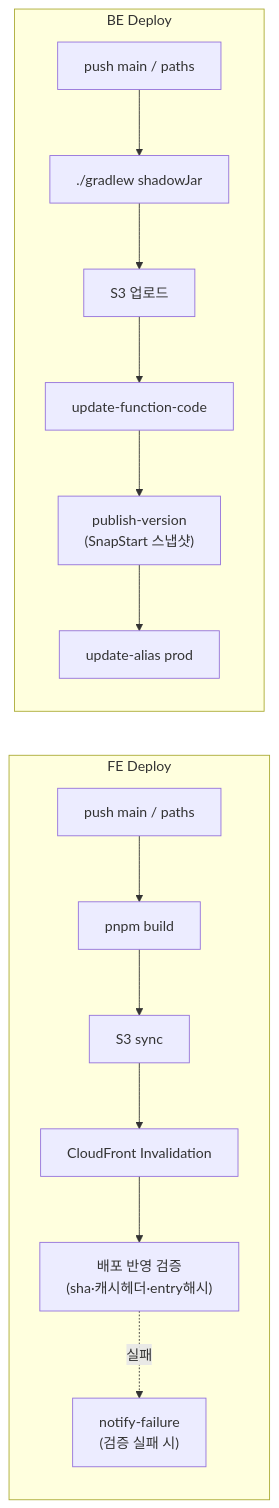
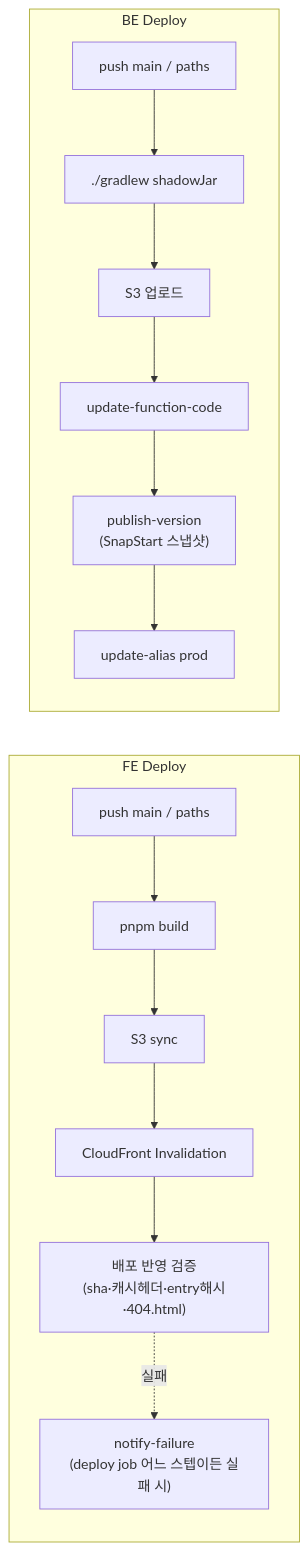
Before and after one commit to BAECHAN/link-sphere_FE_NEW: the second of 4 diagrams in docs/SYSTEM-ARCHITECTURE.md, drawn with Mermaid. The commit also changed other lines of this file and 43 other files, not shown here.

````diff
--- a/docs/SYSTEM-ARCHITECTURE.md
+++ b/docs/SYSTEM-ARCHITECTURE.md
@@ -119,22 +119,22 @@
 ```mermaid
 flowchart LR
   subgraph fe_deploy [FE Deploy]
     FE_Trigger["push main / paths"]
     FE_Build["pnpm build"]
     FE_S3["S3 sync"]
     FE_CF["CloudFront Invalidation"]
-    FE_Verify["배포 반영 검증<br/>(sha·캐시헤더·entry해시)"]
-    FE_Notify["notify-failure<br/>(검증 실패 시)"]
+    FE_Verify["배포 반영 검증<br/>(sha·캐시헤더·entry해시·404.html)"]
+    FE_Notify["notify-failure<br/>(deploy job 어느 스텝이든 실패 시)"]
     FE_Trigger --> FE_Build --> FE_S3 --> FE_CF --> FE_Verify
     FE_Verify -.실패.-> FE_Notify
   end
   subgraph be_deploy [BE Deploy]
     BE_Trigger["push main / paths"]
     BE_Jar["./gradlew shadowJar"]
     BE_S3["S3 업로드"]
     BE_Code["update-function-code"]
     BE_Ver["publish-version<br/>(SnapStart 스냅샷)"]
     BE_Alias["update-alias prod"]
     BE_Trigger --> BE_Jar --> BE_S3 --> BE_Code --> BE_Ver --> BE_Alias
   end
 ```
````
